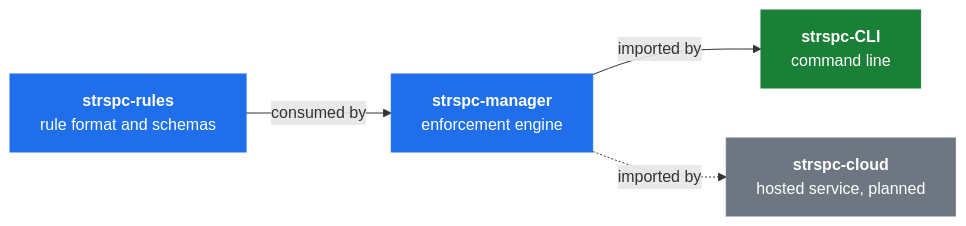
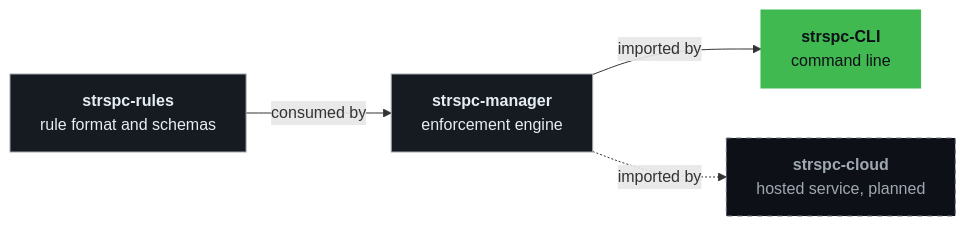
Before and after one commit to SteerSpec/strspc-CLI: the first of 2 diagrams in README.md, drawn with Mermaid. The commit also changed other lines of this file, not shown here.

````diff
--- a/README.md
+++ b/README.md
@@ -39,18 +126,18 @@
 ```mermaid
 flowchart LR
     R["<b>strspc-rules</b><br/>rule format and schemas"]
     M["<b>strspc-manager</b><br/>enforcement engine"]
     C["<b>strspc-CLI</b><br/>command line"]
     K["<b>strspc-cloud</b><br/>hosted service, planned"]
 
     R -->|consumed by| M
     M -->|imported by| C
     M -.->|imported by| K
 
-    classDef here fill:#1a7f37,stroke:#1a7f37,color:#ffffff
-    classDef shipped fill:#1f6feb,stroke:#1f6feb,color:#ffffff
-    classDef planned fill:#6e7781,stroke:#6e7781,color:#ffffff
+    classDef here fill:#3FB950,stroke:#3FB950,color:#0D1117
+    classDef shipped fill:#161B22,stroke:#A0A8B1,color:#E6EDF3
+    classDef planned fill:#0D1117,stroke:#6E7681,color:#A0A8B1,stroke-dasharray:5 5
     class C here
     class R,M shipped
     class K planned
 ```
````
